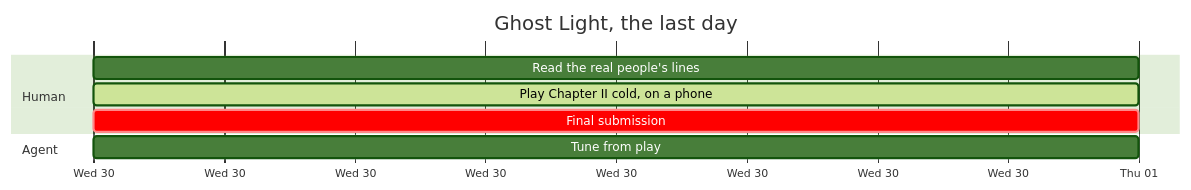
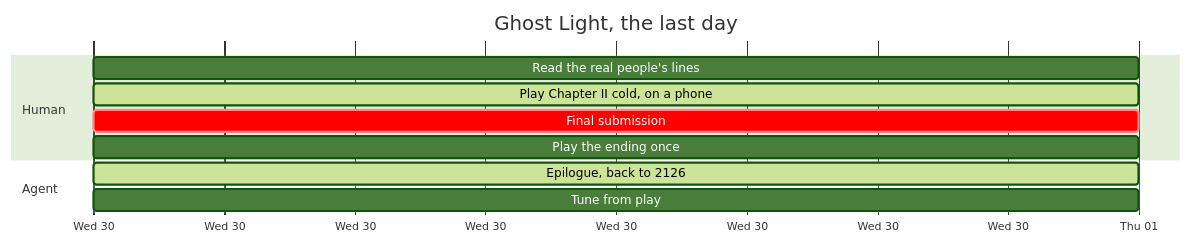
Before and after one commit to LoMagnette/ghost-light: the second of 2 diagrams in STATUS.md, drawn with Mermaid (forest theme). The commit also changed other lines of this file, not shown here.

Commit message:
docs(status): #69–#76 merged; the epilogue on homecoming

````diff
--- a/STATUS.md
+++ b/STATUS.md
@@ -191,12 +200,14 @@
 ```mermaid
 gantt
     title Ghost Light, the last day
     dateFormat YYYY-MM-DD
     axisFormat %a %d
     section Human
     Read the real people's lines      :h3, 2026-09-30, 1d
     Play Chapter II cold, on a phone  :active, h1, 2026-09-30, 1d
     Final submission                  :crit, s2, 2026-09-30, 1d
+    Play the ending once              :h4, 2026-09-30, 1d
     section Agent
+    Epilogue, back to 2126            :active, g2, 2026-09-30, 1d
     Tune from play                    :g1, 2026-09-30, 1d
 ```
````
